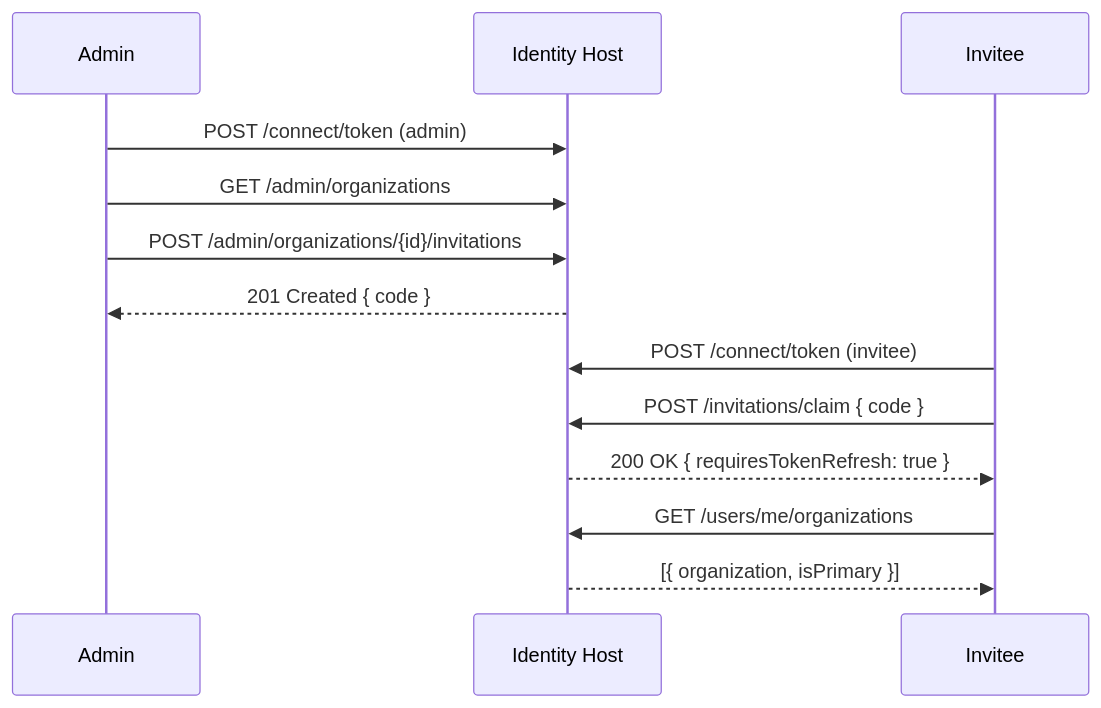
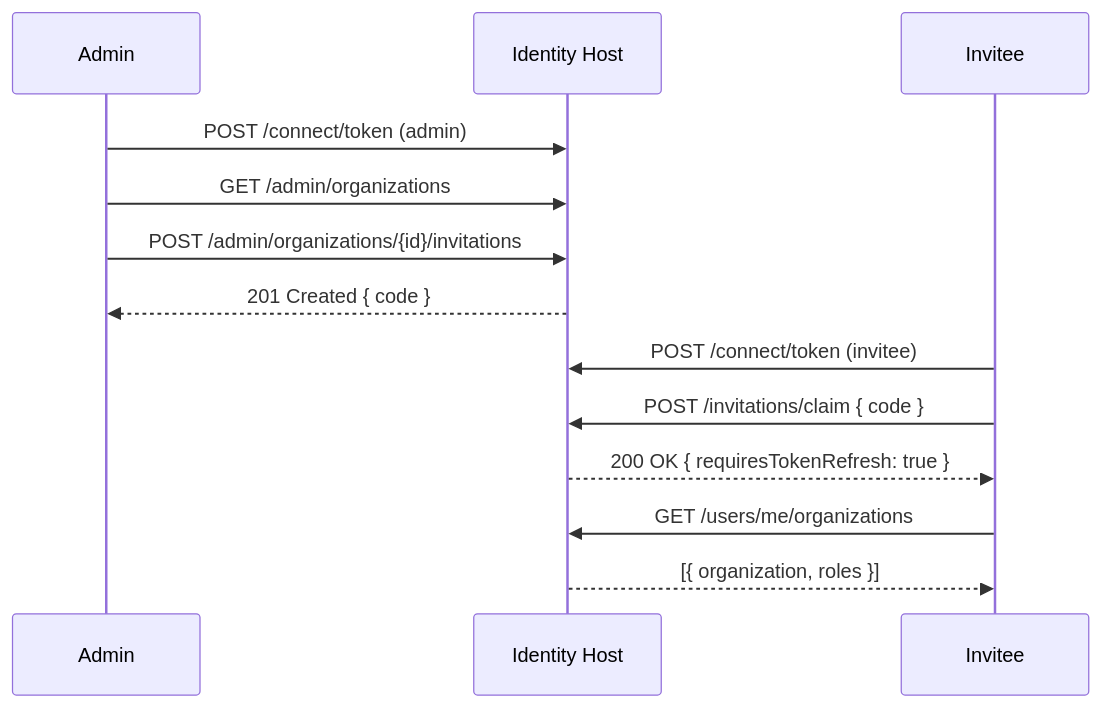
Before and after one commit to Amaretto-Software-Labs/identity-base: the diagram in docs/playbooks/organization-invitation-flow.md, drawn with Mermaid. The commit also changed other lines of this file and 46 other files, not shown here.

First line of the commit message:
Add user organization self service creation endpoint, remove isPrimary membership concept, add package icons, additional integration and unit tests (#6)

````diff
--- a/docs/playbooks/organization-invitation-flow.md
+++ b/docs/playbooks/organization-invitation-flow.md
@@ -98,15 +98,15 @@
 ```mermaid
 sequenceDiagram
   participant Admin
   participant Host as Identity Host
   participant Invitee
   Admin->>Host: POST /connect/token (admin)
   Admin->>Host: GET /admin/organizations
   Admin->>Host: POST /admin/organizations/{id}/invitations
   Host-->>Admin: 201 Created { code }
   Invitee->>Host: POST /connect/token (invitee)
   Invitee->>Host: POST /invitations/claim { code }
   Host-->>Invitee: 200 OK { requiresTokenRefresh: true }
   Invitee->>Host: GET /users/me/organizations
-  Host-->>Invitee: [{ organization, isPrimary }]
+  Host-->>Invitee: [{ organization, roles }]
 ```
````
